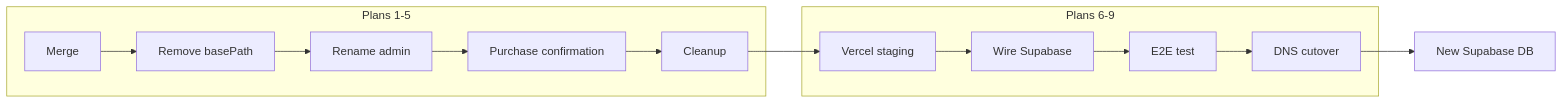
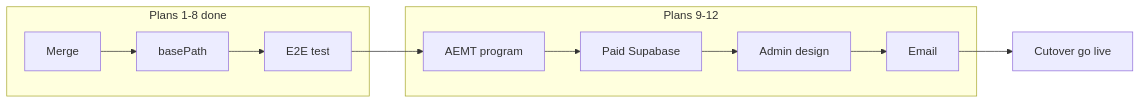
One commit to abenson07/midwestea changed the diagram in docs/migration-plan.md. Above: the diagram before and after it, drawn with Mermaid. The commit also changed other lines of this file and 11 other files, not shown here.

````diff
--- a/docs/migration-plan.md
+++ b/docs/migration-plan.md
@@ -70,16 +76,14 @@
 ```mermaid
 flowchart LR
-  subgraph local [Plans 1-5]
-    P1[Merge] --> P2[Remove basePath]
-    P2 --> P3[Rename admin]
-    P3 --> P4[Purchase confirmation]
-    P4 --> P5[Cleanup]
+  subgraph foundation [Plans 1-8 done]
+    P1[Merge] --> P2[basePath]
+    P2 --> P8[E2E test]
   end
-  subgraph deploy [Plans 6-9]
-    P5 --> P6[Vercel staging]
-    P6 --> P7[Wire Supabase]
-    P7 --> P8[E2E test]
-    P8 --> P9[DNS cutover]
+  subgraph prelaunch [Plans 9-12]
+    P8 --> P9[AEMT program]
+    P9 --> P10[Paid Supabase]
+    P10 --> P11[Admin design]
+    P11 --> P12[Email]
   end
-  P9 --> P10[New Supabase DB]
+  P12 --> P13[Cutover go live]
 ```
````
